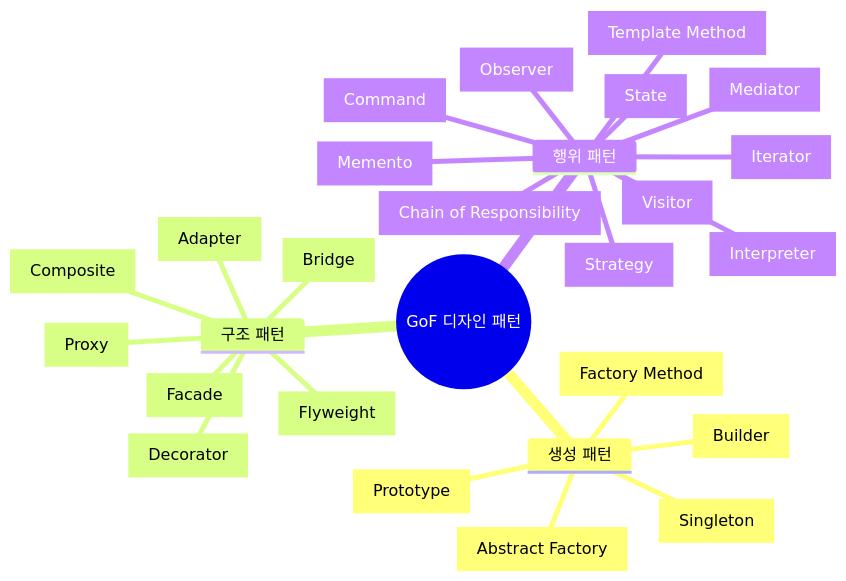
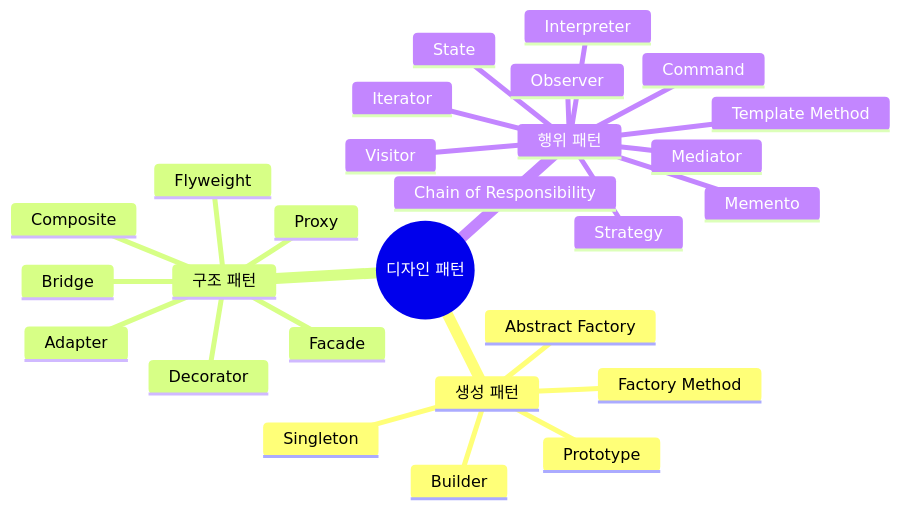
One commit to sungjin-dev/sungjin-dev.github.io changed the fourth of 10 diagrams in _posts/2026-07-18-eip-object_interface-study-1.md. Above: the diagram before and after it, drawn with Mermaid.

````diff
--- a/_posts/2026-07-18-eip-object_interface-study-1.md
+++ b/_posts/2026-07-18-eip-object_interface-study-1.md
@@ -217,30 +217,30 @@
 ```mermaid
 mindmap
-  root((GoF 디자인 패턴))
+  root((디자인 패턴))
     생성 패턴
-      [Builder]
-      [Prototype]
-      [Factory Method]
-      [Abstract Factory]
-      [Singleton]
+      Builder
+      Prototype
+      Factory Method
+      Abstract Factory
+      Singleton
     구조 패턴
-      [Bridge]
-      [Decorator]
-      [Facade]
-      [Flyweight]
-      [Proxy]
-      [Composite]
-      [Adapter]
+      Bridge
+      Decorator
+      Facade
+      Flyweight
+      Proxy
+      Composite
+      Adapter
     행위 패턴
-      [Mediator]
-      [Interpreter]
-      [Iterator]
-      [Template Method]
-      [Observer]
-      [State]
-      [Visitor]
-      [Command]
-      [Strategy]
-      [Memento]
-      [Chain of Responsibility]
+      Mediator
+      Interpreter
+      Iterator
+      Template Method
+      Observer
+      State
+      Visitor
+      Command
+      Strategy
+      Memento
+      Chain of Responsibility
 ```
````
